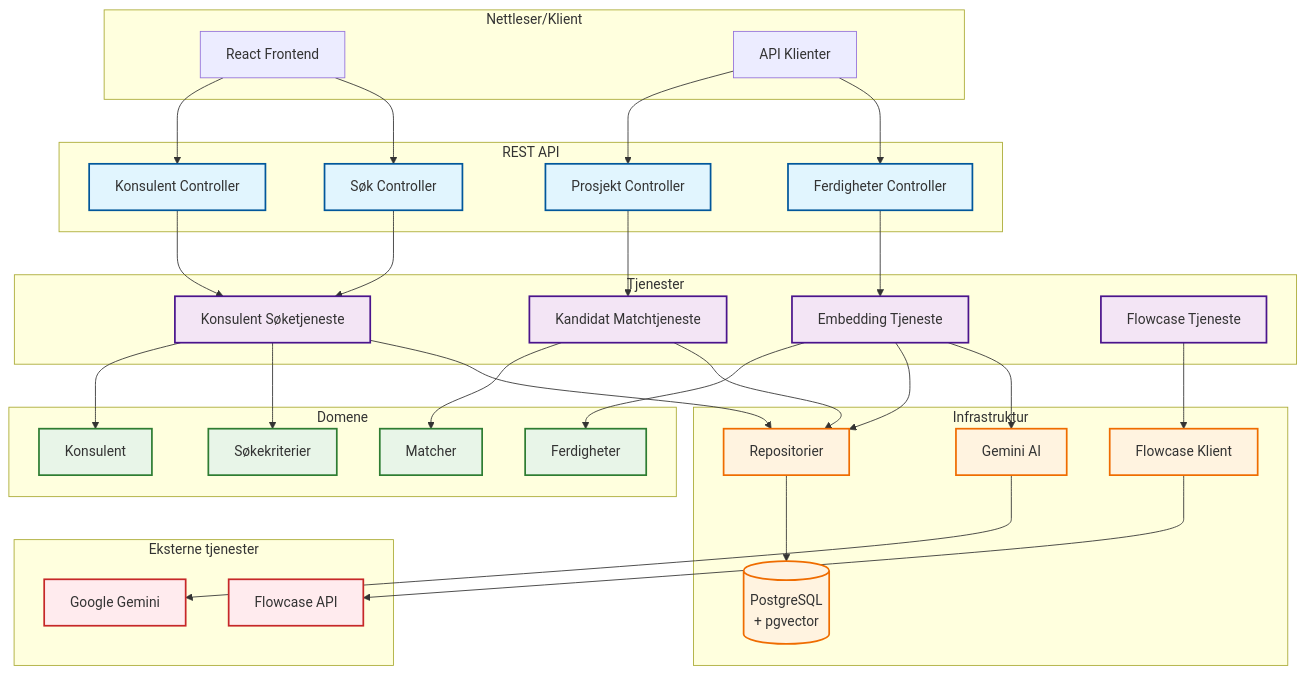
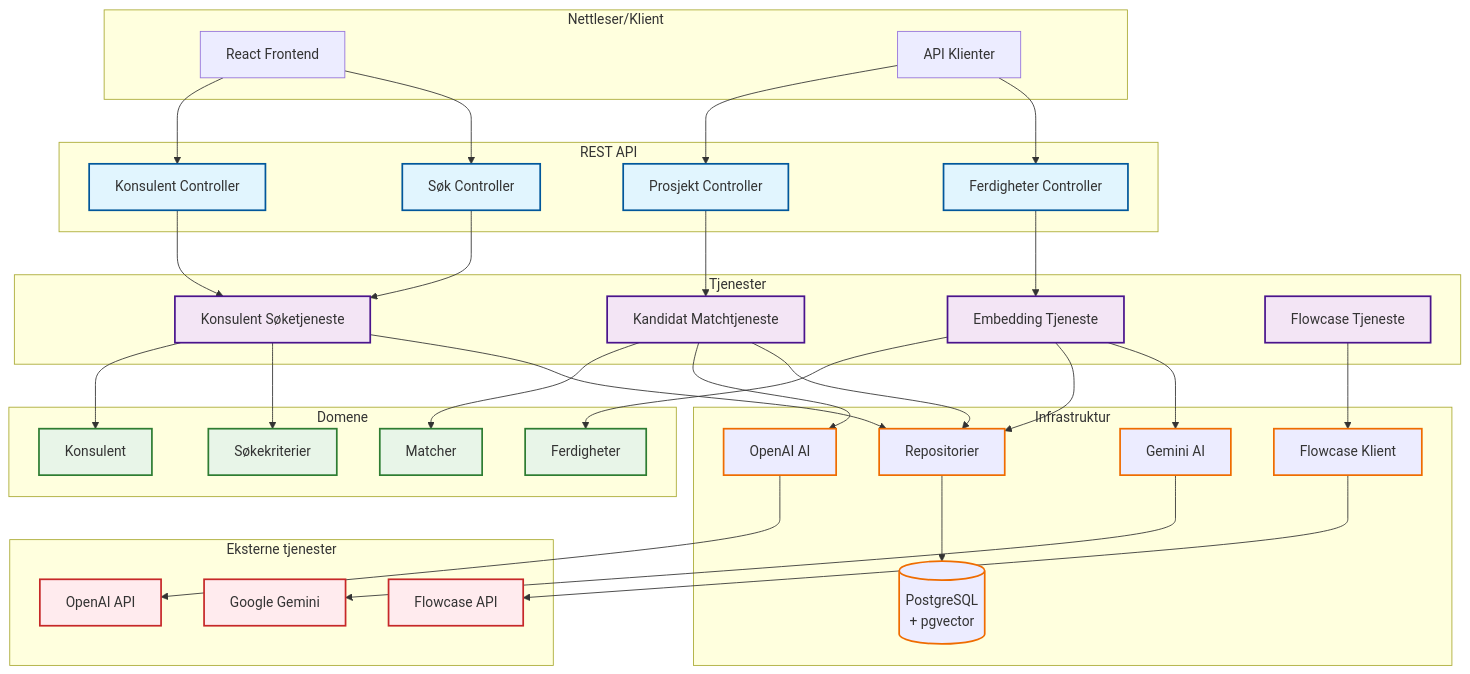
The first of 2 diagrams in technolgibarometer/arch_suggest.md (thomasandersen77/cloudberries-candidate-match-web), drawn with Mermaid before and after one commit. The commit also changed other lines of this file and 1 other file, not shown here.

Commit message:
docs: enhance architecture documentation for teknologibarometer app with clearer integration details and flowcharts

````diff
--- a/technolgibarometer/arch_suggest.md
+++ b/technolgibarometer/arch_suggest.md
@@ -57,12 +59,15 @@
         REPO["Repositorier"]
         DB[("PostgreSQL\n+ pgvector")]
         FC["Flowcase Klient"]
+        OAI["OpenAI AI"]
         GEM["Gemini AI"]
+        
     end
 
     subgraph External["Eksterne tjenester"]
         FAPI["Flowcase API"]
         GAPI["Google Gemini"]
+        OPENAPI["OpenAI API"]
     end
 
     %% Connections
@@ -79,6 +84,7 @@
     CSS --> CONS
     CSS --> CRIT
     CMS --> MATCH
+    CMS --> OAI
     ES --> SKILL
     
     CSS --> REPO
@@ -90,17 +96,18 @@
     FC --> FAPI
     ES --> GEM
     GEM --> GAPI
+    OAI --> OPENAPI 
     
     %% Styling
     classDef controller fill:#e1f5fe,stroke:#01579b,stroke-width:2px
     classDef service fill:#f3e5f5,stroke:#4a148c,stroke-width:2px
     classDef domain fill:#e8f5e8,stroke:#2e7d32,stroke-width:2px
-    classDef infra fill:#fff3e0,stroke:#ef6c00,stroke-width:2px
+    classDef infra fill:#3bb33,stroke:#ef6c00,stroke-width:2px
     classDef external fill:#ffebee,stroke:#c62828,stroke-width:2px
     
     class CC,SC,PC,SKC controller
     class CSS,CMS,ES,FS service
     class CONS,CRIT,SKILL,MATCH domain
-    class REPO,DB,FC,GEM infra
-    class FAPI,GAPI external
+    class REPO,DB,FC,GEM,OAI infra
+    class FAPI,GAPI,OPENAPI external
 ```
````
